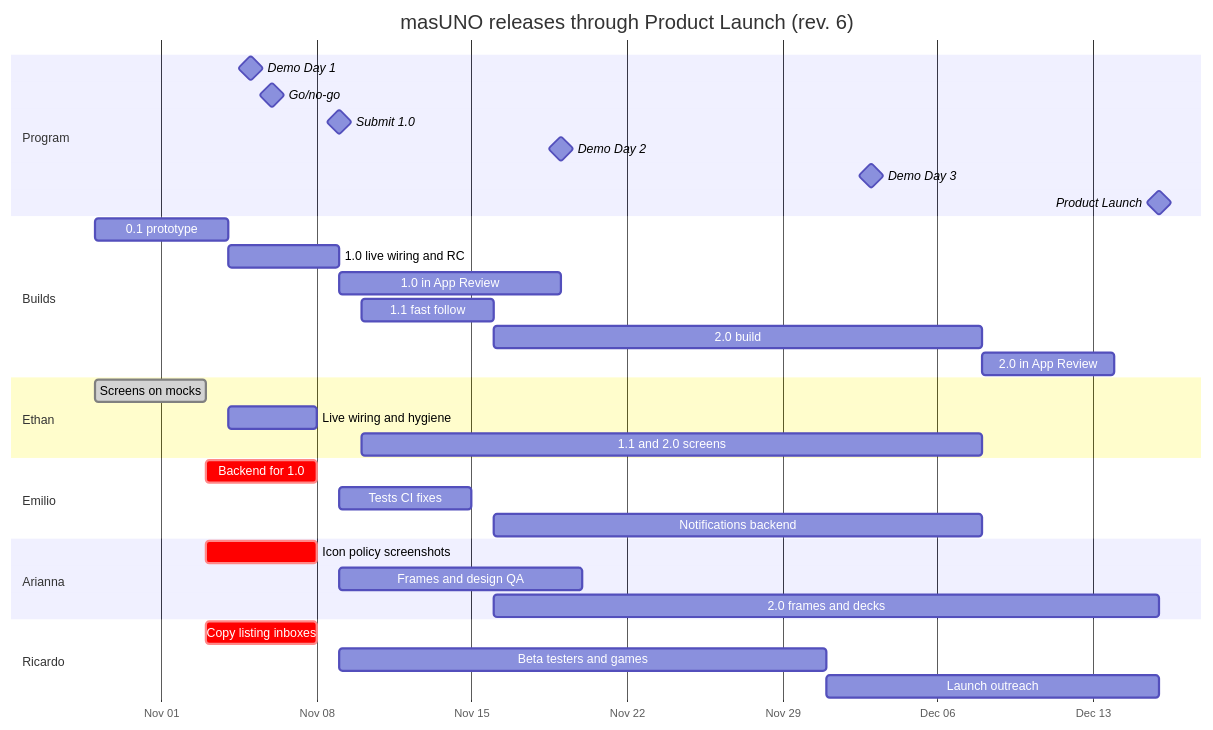
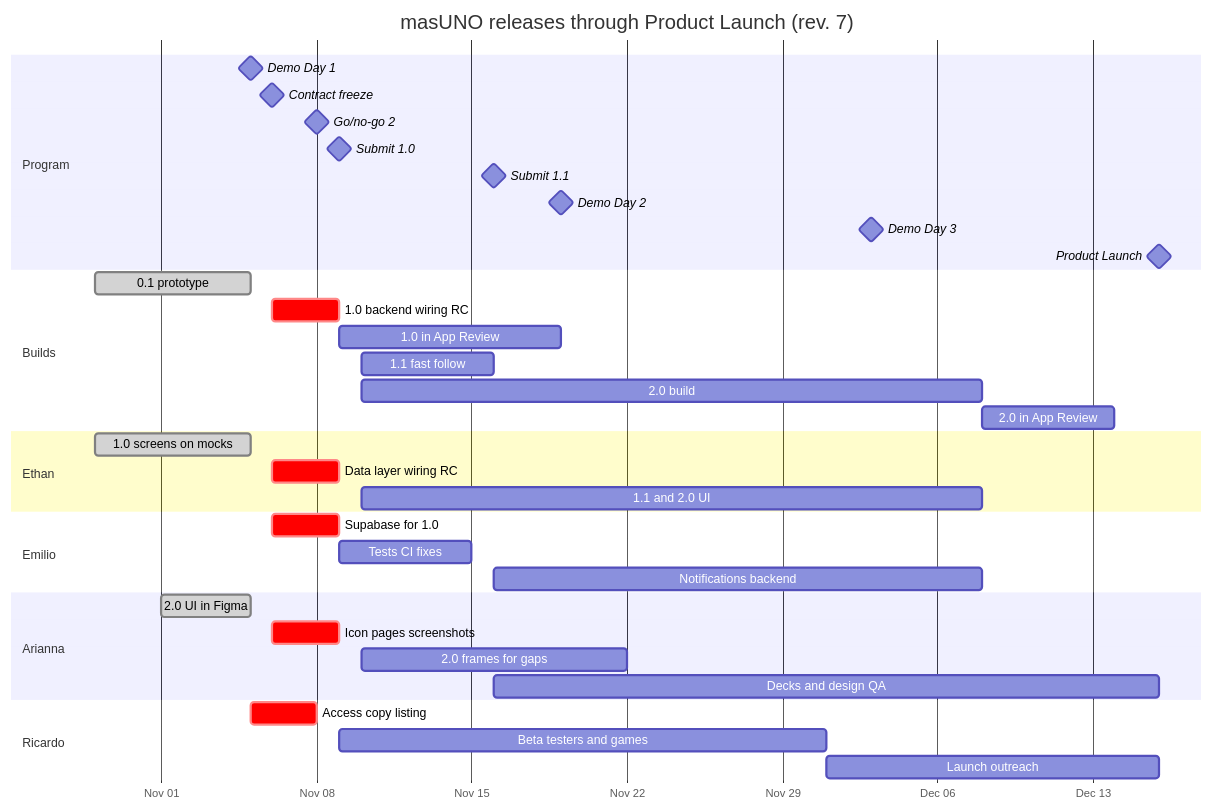
Before and after one commit to masUNO-app/ios: the diagram in docs/SPEC.md, drawn with Mermaid. The commit also changed other lines of this file, not shown here.

Commit message:
Spec rev. 7 (#8)

````diff
--- a/docs/SPEC.md
+++ b/docs/SPEC.md
@@ -205,36 +249,39 @@
 ```mermaid
 gantt
-  title masUNO releases through Product Launch (rev. 6)
+  title masUNO releases through Product Launch (rev. 7)
   dateFormat YYYY-MM-DD
   axisFormat %b %d
   section Program
   Demo Day 1              :milestone, 2026-11-05, 0d
-  Go/no-go                :milestone, 2026-11-06, 0d
+  Contract freeze         :milestone, 2026-11-06, 0d
+  Go/no-go 2              :milestone, 2026-11-08, 0d
   Submit 1.0              :milestone, 2026-11-09, 0d
+  Submit 1.1              :milestone, 2026-11-16, 0d
   Demo Day 2              :milestone, 2026-11-19, 0d
   Demo Day 3              :milestone, 2026-12-03, 0d
   Product Launch          :milestone, 2026-12-16, 0d
   section Builds
-  0.1 prototype           :2026-10-29, 2026-11-04
-  1.0 live wiring and RC  :2026-11-04, 2026-11-09
+  0.1 prototype           :done, 2026-10-29, 2026-11-05
+  1.0 backend wiring RC   :crit, 2026-11-06, 2026-11-09
   1.0 in App Review       :2026-11-09, 2026-11-19
   1.1 fast follow         :2026-11-10, 2026-11-16
-  2.0 build               :2026-11-16, 2026-12-08
+  2.0 build               :2026-11-10, 2026-12-08
   2.0 in App Review       :2026-12-08, 2026-12-14
   section Ethan
-  Screens on mocks        :done, 2026-10-29, 2026-11-03
-  Live wiring and hygiene :2026-11-04, 2026-11-08
-  1.1 and 2.0 screens     :2026-11-10, 2026-12-08
+  1.0 screens on mocks    :done, 2026-10-29, 2026-11-05
+  Data layer wiring RC    :crit, 2026-11-06, 2026-11-09
+  1.1 and 2.0 UI          :2026-11-10, 2026-12-08
   section Emilio
-  Backend for 1.0         :crit, 2026-11-03, 2026-11-08
+  Supabase for 1.0        :crit, 2026-11-06, 2026-11-09
   Tests CI fixes          :2026-11-09, 2026-11-15
   Notifications backend   :2026-11-16, 2026-12-08
   section Arianna
-  Icon policy screenshots :crit, 2026-11-03, 2026-11-08
-  Frames and design QA    :2026-11-09, 2026-11-20
-  2.0 frames and decks    :2026-11-16, 2026-12-16
+  2.0 UI in Figma         :done, 2026-11-01, 2026-11-05
+  Icon pages screenshots  :crit, 2026-11-06, 2026-11-09
+  2.0 frames for gaps     :2026-11-10, 2026-11-22
+  Decks and design QA     :2026-11-16, 2026-12-16
   section Ricardo
-  Copy listing inboxes    :crit, 2026-11-03, 2026-11-08
+  Access copy listing     :crit, 2026-11-05, 2026-11-08
   Beta testers and games  :2026-11-09, 2026-12-01
   Launch outreach         :2026-12-01, 2026-12-16
 ```
````
